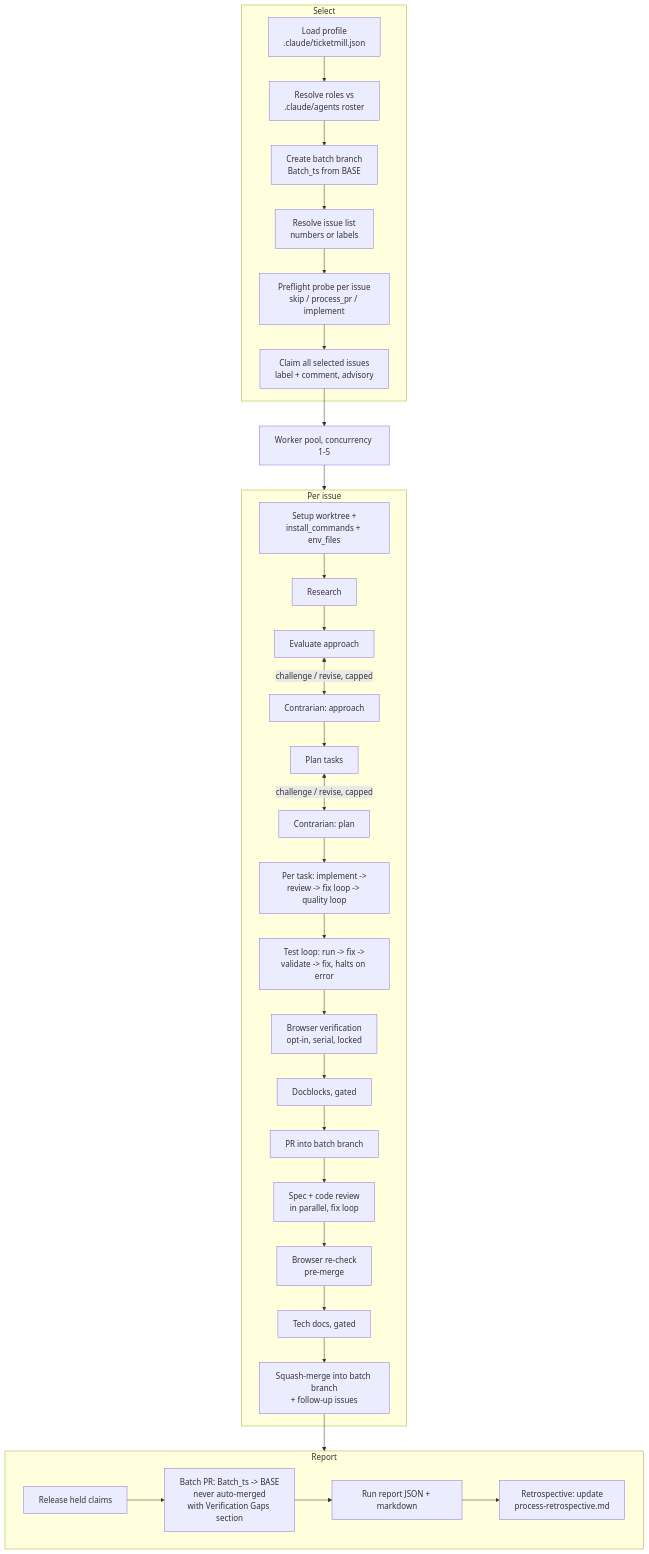
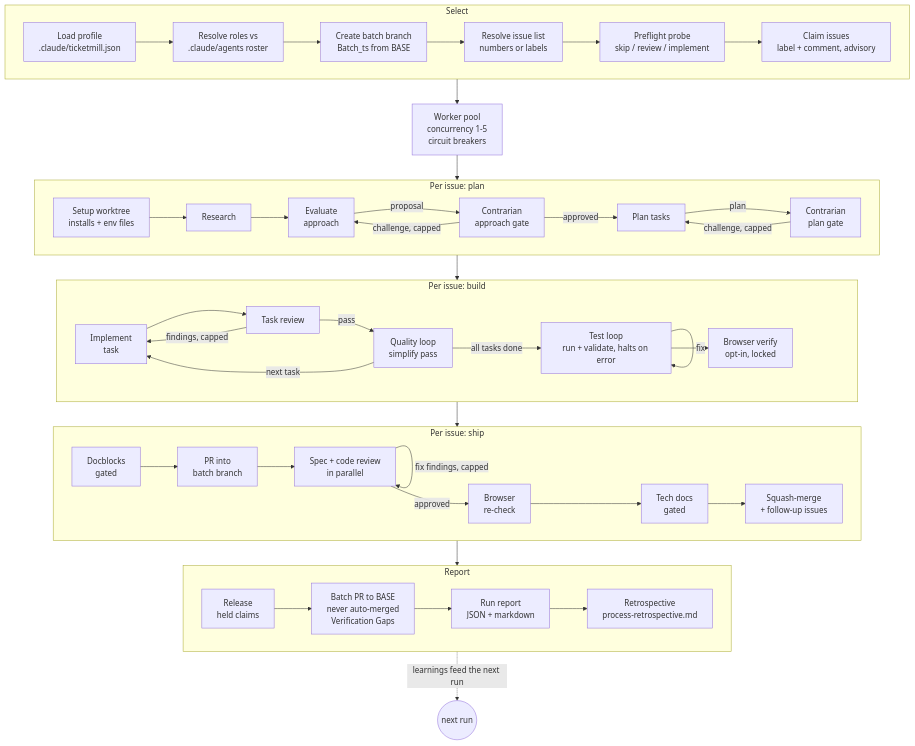
One commit to aaddrick/ticketmill changed the diagram in docs/ARCHITECTURE.md. Above: the diagram before and after it, drawn with Mermaid. The commit also changed 3 other files, not shown here.

First line of the commit message:
docs: follow-up issues section + rebuilt architecture diagram (v0.1.7)

````diff
--- a/docs/ARCHITECTURE.md
+++ b/docs/ARCHITECTURE.md
@@ -9,38 +9,51 @@
 ```mermaid
 flowchart TD
-    subgraph Select
-        P[Load profile\n.claude/ticketmill.json] --> D[Resolve roles vs\n.claude/agents roster]
-        D --> B[Create batch branch\nBatch_ts from BASE]
-        B --> I[Resolve issue list\nnumbers or labels]
-        I --> F[Preflight probe per issue\nskip / process_pr / implement]
-        F --> C[Claim all selected issues\nlabel + comment, advisory]
+    subgraph SEL["Select"]
+        direction LR
+        P["Load profile<br/>.claude/ticketmill.json"] --> D["Resolve roles vs<br/>.claude/agents roster"] --> B["Create batch branch<br/>Batch_ts from BASE"] --> I["Resolve issue list<br/>numbers or labels"] --> F["Preflight probe<br/>skip / review / implement"] --> C["Claim issues<br/>label + comment, advisory"]
     end
 
-    C --> Pool[Worker pool, concurrency 1-5]
+    SEL --> POOL["Worker pool<br/>concurrency 1-5<br/>circuit breakers"]
+    POOL --> PLAN
 
-    subgraph PerIssue[Per issue]
-        S[Setup worktree +\ninstall_commands + env_files] --> R[Research]
-        R --> E[Evaluate approach]
-        E <-->|challenge / revise, capped| CA[Contrarian: approach]
-        CA --> PL[Plan tasks]
-        PL <-->|challenge / revise, capped| CP[Contrarian: plan]
-        CP --> T[Per task: implement ->\nreview -> fix loop -> quality loop]
-        T --> TL[Test loop: run -> fix ->\nvalidate -> fix, halts on error]
-        TL --> BW[Browser verification\nopt-in, serial, locked]
-        BW --> DB[Docblocks, gated]
-        DB --> PR[PR into batch branch]
-        PR --> RV[Spec + code review\nin parallel, fix loop]
-        RV --> BW2[Browser re-check\npre-merge]
-        BW2 --> TD[Tech docs, gated]
-        TD --> MG[Squash-merge into batch branch\n+ follow-up issues]
+    subgraph PLAN["Per issue: plan"]
+        direction LR
+        S["Setup worktree<br/>installs + env files"] --> R["Research"] --> E["Evaluate<br/>approach"]
+        E -->|proposal| CA["Contrarian<br/>approach gate"]
+        CA -->|"challenge, capped"| E
+        CA -->|approved| PL["Plan tasks"]
+        PL -->|plan| CP["Contrarian<br/>plan gate"]
+        CP -->|"challenge, capped"| PL
     end
 
-    Pool --> PerIssue
-    MG --> Rep
+    PLAN --> BUILD
 
-    subgraph Rep[Report]
-        RL[Release held claims] --> BP[Batch PR: Batch_ts -> BASE\nnever auto-merged\nwith Verification Gaps section]
-        BP --> RO[Run report JSON + markdown]
-        RO --> RT[Retrospective: update\nprocess-retrospective.md]
+    subgraph BUILD["Per issue: build"]
+        direction LR
+        IM["Implement<br/>task"] --> TR["Task review"]
+        TR -->|"findings, capped"| IM
+        TR -->|pass| QL["Quality loop<br/>simplify pass"]
+        QL -->|"next task"| IM
+        QL -->|"all tasks done"| TL["Test loop<br/>run + validate, halts on error"]
+        TL -->|fix| TL
+        TL --> BW["Browser verify<br/>opt-in, locked"]
     end
+
+    BUILD --> SHIP
+
+    subgraph SHIP["Per issue: ship"]
+        direction LR
+        DB["Docblocks<br/>gated"] --> PR["PR into<br/>batch branch"] --> RV["Spec + code review<br/>in parallel"]
+        RV -->|"fix findings, capped"| RV
+        RV -->|approved| BW2["Browser<br/>re-check"] --> TDOC["Tech docs<br/>gated"] --> MG["Squash-merge<br/>+ follow-up issues"]
+    end
+
+    SHIP --> REP
+
+    subgraph REP["Report"]
+        direction LR
+        RL["Release<br/>held claims"] --> BP["Batch PR to BASE<br/>never auto-merged<br/>Verification Gaps"] --> RO["Run report<br/>JSON + markdown"] --> RT["Retrospective<br/>process-retrospective.md"]
+    end
+
+    REP -.->|"learnings feed the next run"| NEXT(("next run"))
 ```
````
